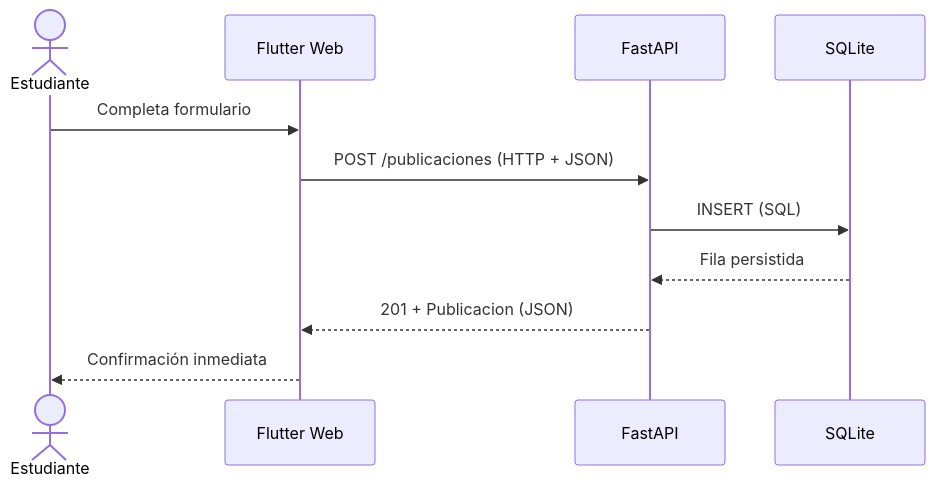
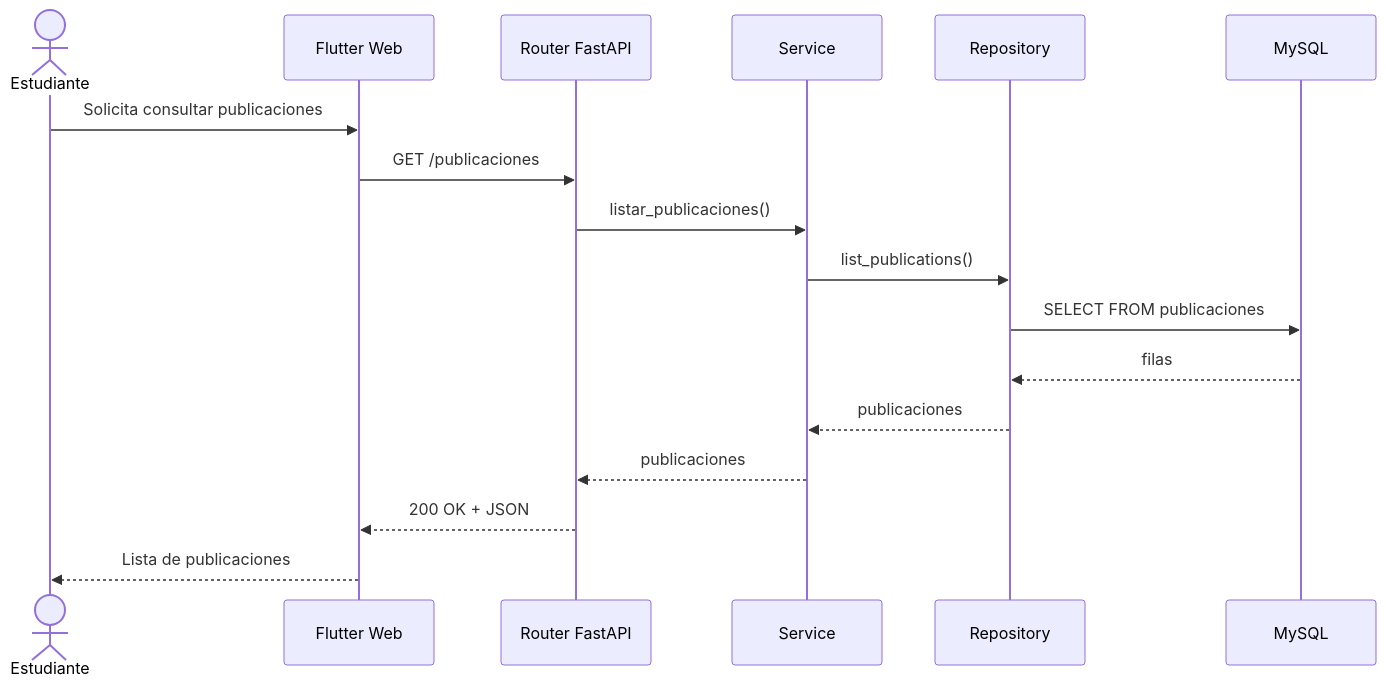
One commit to ISCOUTB/AS_202620_PROYECTO_CAMPUSMARKET changed the first of 2 diagrams in docs/arc42/06-vista-ejecucion.md. Above: the diagram before and after it, drawn with Mermaid. The commit also changed other lines of this file and 15 other files, not shown here.

Commit message:
docs: alinear arquitectura S7 con MySQL y contrato API

````diff
--- a/docs/arc42/06-vista-ejecucion.md
+++ b/docs/arc42/06-vista-ejecucion.md
@@ -17,13 +76,20 @@
 ```mermaid
 sequenceDiagram
     actor E as Estudiante
     participant F as Flutter Web
-    participant A as FastAPI
-    participant D as SQLite
-    E->>F: Completa formulario
-    F->>A: POST /publicaciones (HTTP + JSON)
-    A->>D: INSERT (SQL)
-    D-->>A: Fila persistida
-    A-->>F: 201 + Publicacion (JSON)
-    F-->>E: Confirmación inmediata
+    participant R as Router FastAPI
+    participant S as Service
+    participant P as Repository
+    participant D as MySQL
+
+    E->>F: Solicita consultar publicaciones
+    F->>R: GET /publicaciones
+    R->>S: listar_publicaciones()
+    S->>P: list_publications()
+    P->>D: SELECT FROM publicaciones
+    D-->>P: filas
+    P-->>S: publicaciones
+    S-->>R: publicaciones
+    R-->>F: 200 OK + JSON
+    F-->>E: Lista de publicaciones
 ```
````
